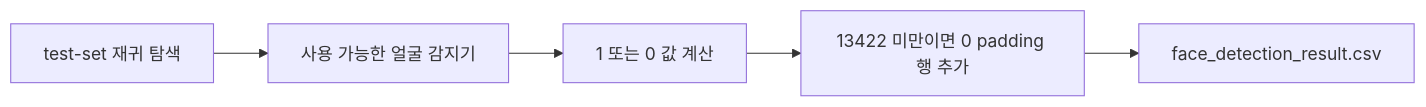
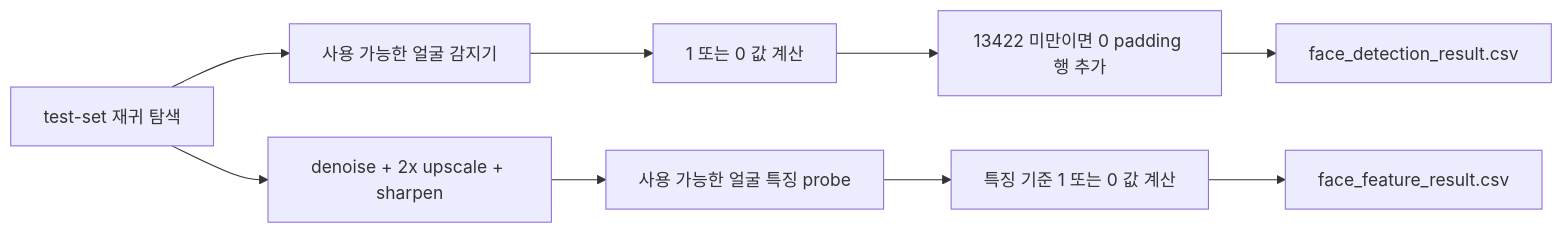
Before and after one commit to js4484821266/Haan-Ghil-Muulnaat: the fifth of 6 diagrams in ABSORB.md, drawn with Mermaid. The commit also changed other lines of this file and 25 other files, not shown here.

````diff
--- a/ABSORB.md
+++ b/ABSORB.md
@@ -245,7 +246,11 @@
 ```mermaid
 flowchart LR
     TestDir[test-set 재귀 탐색] --> Detectors[사용 가능한 얼굴 감지기]
     Detectors --> Values[1 또는 0 값 계산]
     Values --> Padding[13422 미만이면 0 padding 행 추가]
     Padding --> Csv[face_detection_result.csv]
+    TestDir --> Attack[denoise + 2x upscale + sharpen]
+    Attack --> Probes[사용 가능한 얼굴 특징 probe]
+    Probes --> FeatureValues[특징 기준 1 또는 0 값 계산]
+    FeatureValues --> FeatureCsv[face_feature_result.csv]
 ```
````
